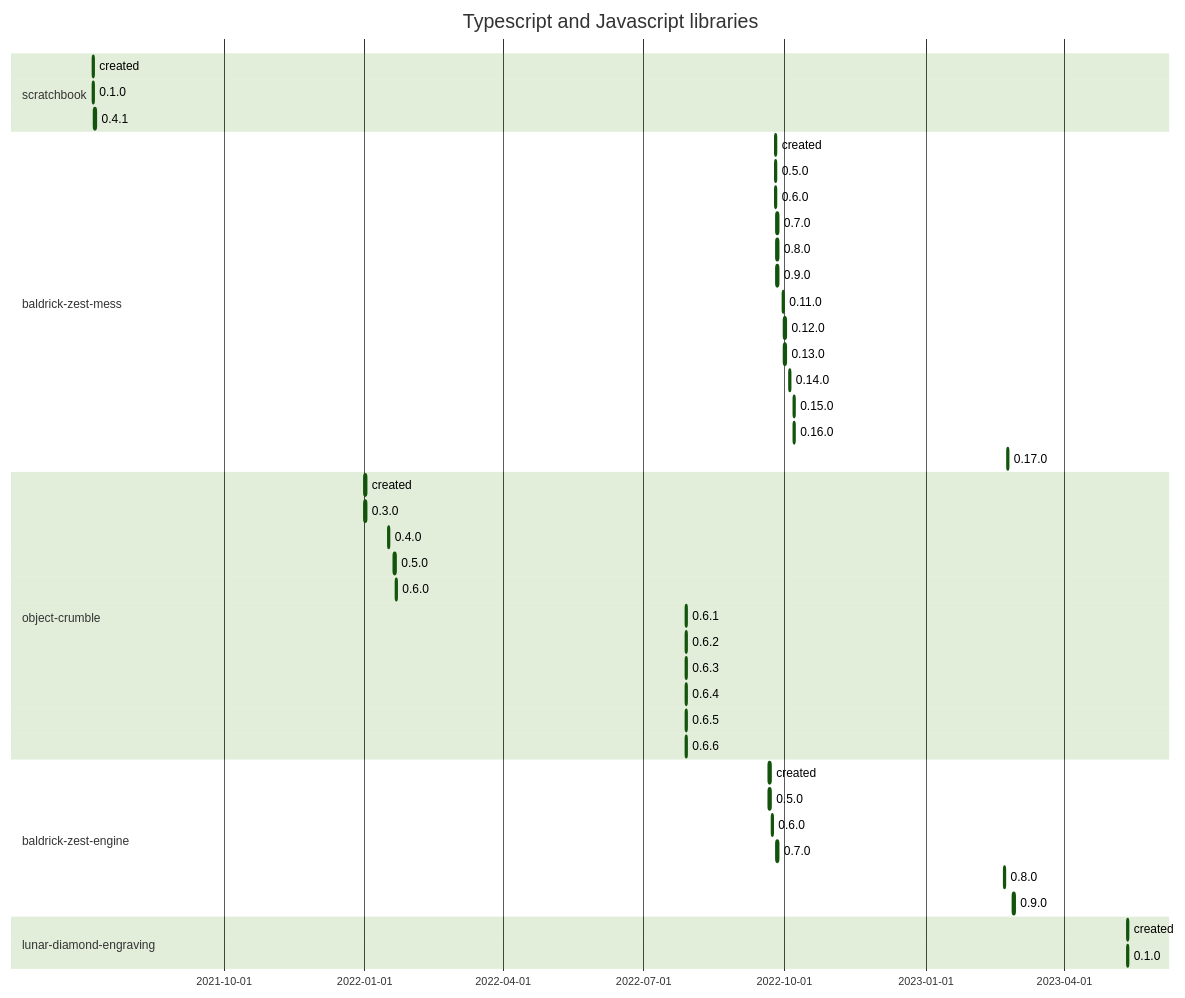
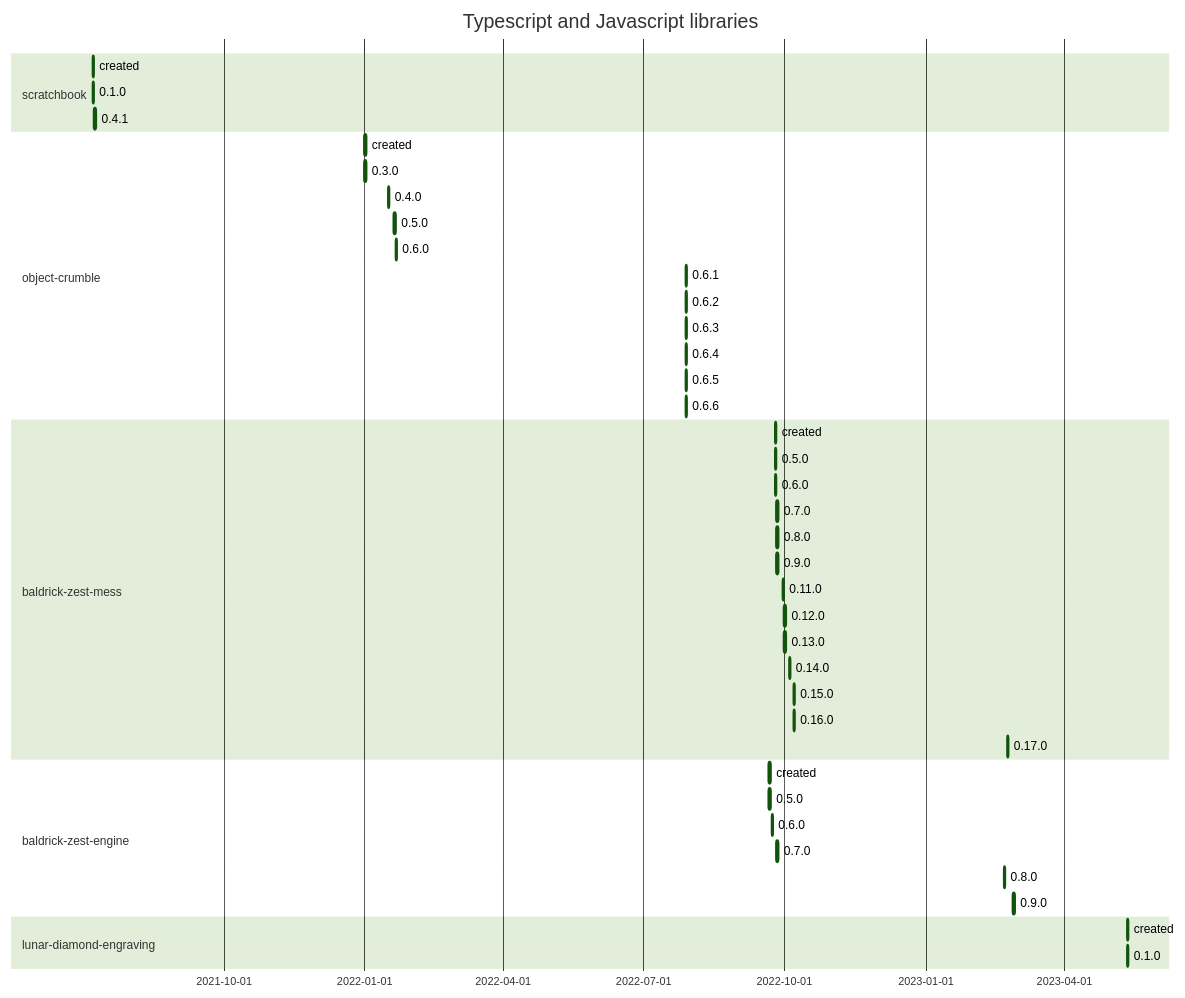
Before and after one commit to flarebyte/overview: the first of 4 diagrams in SOFTWARE-TIMELINE.md, drawn with Mermaid (forest theme). The commit also changed other lines of this file and 1 other file, not shown here.

````diff
--- a/SOFTWARE-TIMELINE.md
+++ b/SOFTWARE-TIMELINE.md
@@ -8,55 +8,55 @@
 ```mermaid
 gantt
     title Typescript and Javascript libraries
     dateFormat  YYYY-MM-DD
 
     section scratchbook
     created:, 2021-07-08, 1d
     0.1.0:, 2021-07-08, 1d
     0.4.1:, 2021-07-09, 1d
+
+
+    section object-crumble
+    created:, 2022-01-01, 1d
+    0.3.0:, 2022-01-01, 1d
+    0.4.0:, 2022-01-16, 1d
+    0.5.0:, 2022-01-20, 1d
+    0.6.0:, 2022-01-21, 1d
+    0.6.1:, 2022-07-29, 1d
+    0.6.2:, 2022-07-29, 1d
+    0.6.3:, 2022-07-29, 1d
+    0.6.4:, 2022-07-29, 1d
+    0.6.5:, 2022-07-29, 1d
+    0.6.6:, 2022-07-29, 1d
 
 
     section baldrick-zest-mess
     created:, 2022-09-25, 1d
     0.5.0:, 2022-09-25, 1d
     0.6.0:, 2022-09-25, 1d
     0.7.0:, 2022-09-26, 1d
     0.8.0:, 2022-09-26, 1d
     0.9.0:, 2022-09-26, 1d
     0.11.0:, 2022-09-30, 1d
     0.12.0:, 2022-10-01, 1d
     0.13.0:, 2022-10-01, 1d
     0.14.0:, 2022-10-04, 1d
     0.15.0:, 2022-10-07, 1d
     0.16.0:, 2022-10-07, 1d
     0.17.0:, 2023-02-23, 1d
 
 
-    section object-crumble
-    created:, 2022-01-01, 1d
-    0.3.0:, 2022-01-01, 1d
-    0.4.0:, 2022-01-16, 1d
-    0.5.0:, 2022-01-20, 1d
-    0.6.0:, 2022-01-21, 1d
-    0.6.1:, 2022-07-29, 1d
-    0.6.2:, 2022-07-29, 1d
-    0.6.3:, 2022-07-29, 1d
-    0.6.4:, 2022-07-29, 1d
-    0.6.5:, 2022-07-29, 1d
-    0.6.6:, 2022-07-29, 1d
-
-
     section baldrick-zest-engine
     created:, 2022-09-21, 1d
     0.5.0:, 2022-09-21, 1d
     0.6.0:, 2022-09-23, 1d
     0.7.0:, 2022-09-26, 1d
     0.8.0:, 2023-02-21, 1d
     0.9.0:, 2023-02-27, 1d
 
 
     section lunar-diamond-engraving
     created:, 2023-05-12, 1d
     0.1.0:, 2023-05-12, 1d
 
 ```
````
